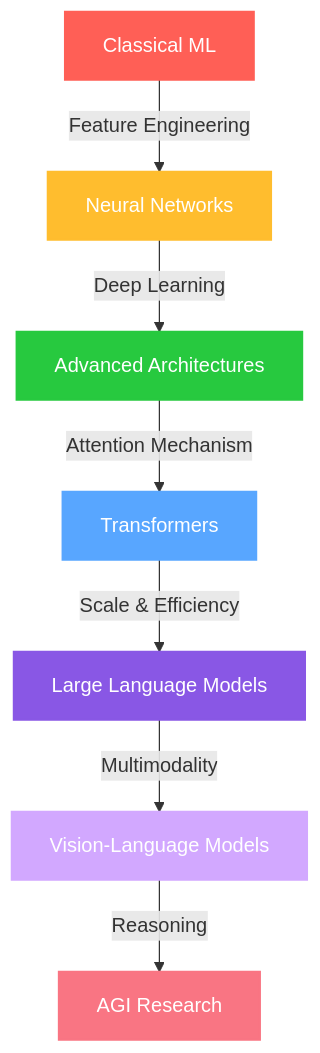
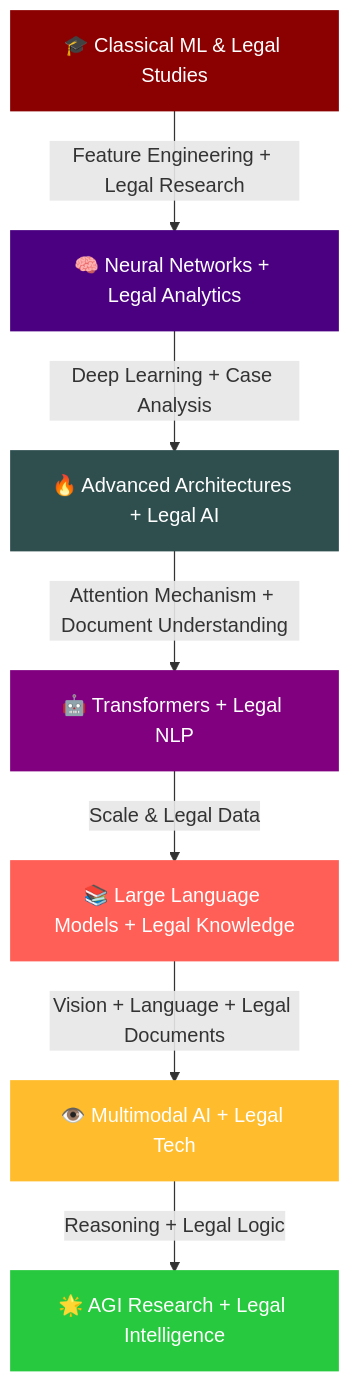
One commit to mandrita16/mandrita16 changed the diagram in README.md. Above: the diagram before and after it, drawn with Mermaid. The commit also changed other lines of this file, not shown here.

````diff
--- a/README.md
+++ b/README.md
@@ -98,17 +180,17 @@
 ```mermaid
 graph TD
-    A[Classical ML] -->|Feature Engineering| B[Neural Networks]
-    B -->|Deep Learning| C[Advanced Architectures]
-    C -->|Attention Mechanism| D[Transformers]
-    D -->|Scale & Efficiency| E[Large Language Models]
-    E -->|Multimodality| F[Vision-Language Models]
-    F -->|Reasoning| G[AGI Research]
+    A["🎓 Classical ML & Legal Studies"] -->|Feature Engineering + Legal Research| B["🧠 Neural Networks + Legal Analytics"]
+    B -->|Deep Learning + Case Analysis| C["🔥 Advanced Architectures + Legal AI"]
+    C -->|Attention Mechanism + Document Understanding| D["🤖 Transformers + Legal NLP"]
+    D -->|Scale & Legal Data| E["📚 Large Language Models + Legal Knowledge"]
+    E -->|Vision + Language + Legal Documents| F["👁️ Multimodal AI + Legal Tech"]
+    F -->|Reasoning + Legal Logic| G["🌟 AGI Research + Legal Intelligence"]
     
-    style A fill:#ff5f56,stroke:#ff5f56,color:white,stroke-width:2px
-    style B fill:#ffbd2e,stroke:#ffbd2e,color:white,stroke-width:2px
-    style C fill:#27c93f,stroke:#27c93f,color:white,stroke-width:2px
-    style D fill:#58a6ff,stroke:#58a6ff,color:white,stroke-width:2px
-    style E fill:#8957e5,stroke:#8957e5,color:white,stroke-width:2px
-    style F fill:#d2a8ff,stroke:#d2a8ff,color:white,stroke-width:2px
-    style G fill:#f97583,stroke:#f97583,color:white,stroke-width:2px
+    style A fill:#8B0000,stroke:#8B0000,color:white,stroke-width:3px
+    style B fill:#4B0082,stroke:#4B0082,color:white,stroke-width:3px
+    style C fill:#2F4F4F,stroke:#2F4F4F,color:white,stroke-width:3px
+    style D fill:#800080,stroke:#800080,color:white,stroke-width:3px
+    style E fill:#ff5f56,stroke:#ff5f56,color:white,stroke-width:3px
+    style F fill:#ffbd2e,stroke:#ffbd2e,color:white,stroke-width:3px
+    style G fill:#27c93f,stroke:#27c93f,color:white,stroke-width:3px
 ```
````
